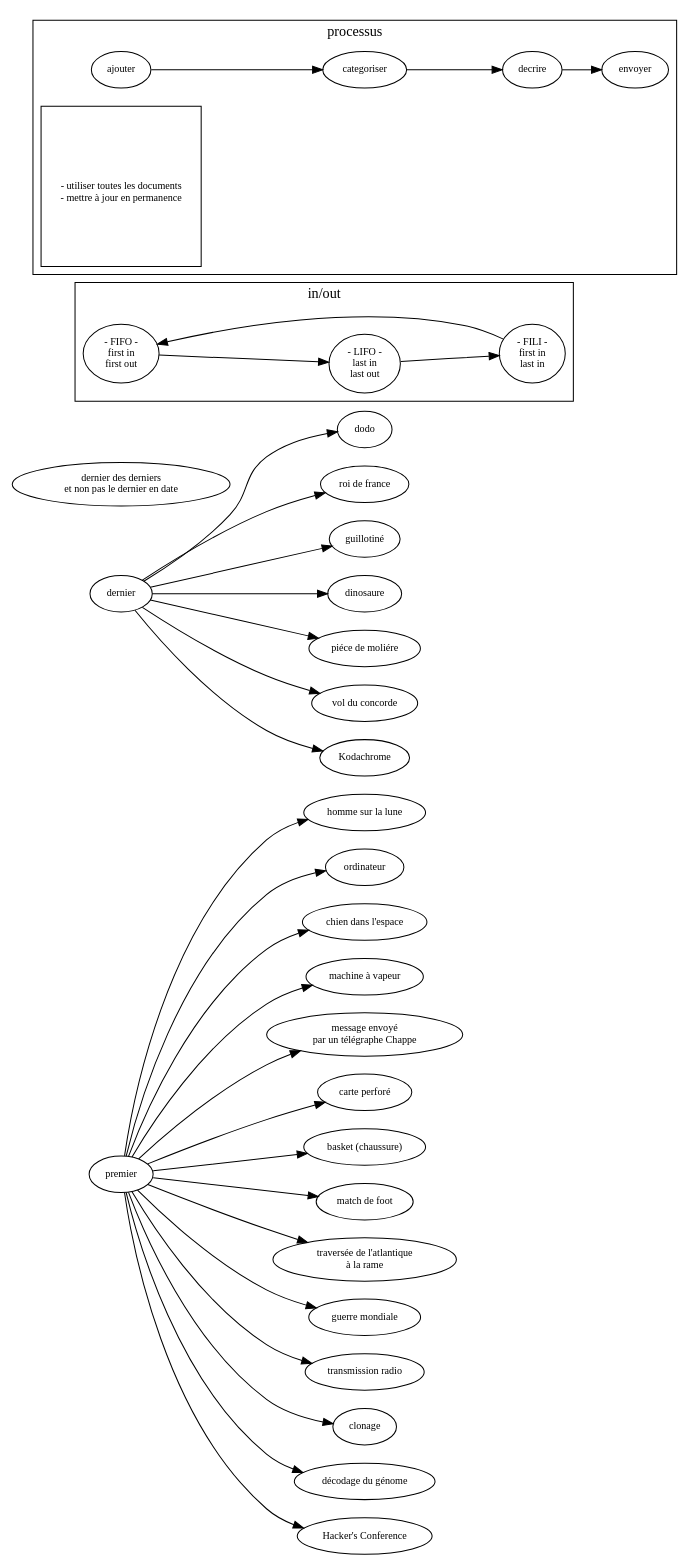
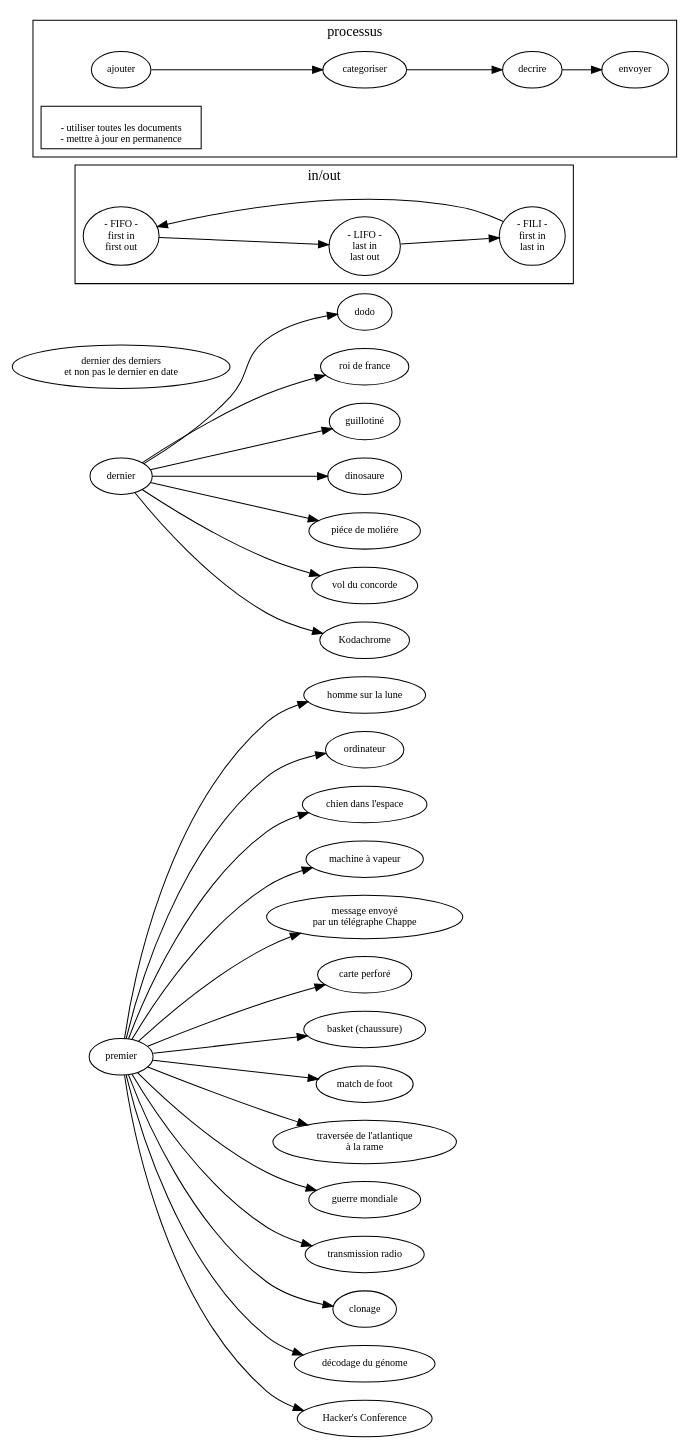
One commit to ensad-nancy/first-last changed the diagram in sujet.dot. Above: the diagram before and after it, drawn with Graphviz.

Commit message:
+- mettre à jour en permanence" [ shape=box]

```diff
--- a/sujet.dot
+++ b/sujet.dot
@@ -1,65 +1,65 @@
 digraph {
 
 	layout= "dot"
 	
 
 	fontname="myriadpro"
 	fontsize = 14
 	rankdir="LR"
 	
 	
 	node [fontname="myriadpro", fontsize = 10]
 	edge [fontname="monaco", fontsize = 9]
 	
 	first [label="premier"]
 	last [label="dernier"]
 	
 	"dernier des derniers\n et non pas le dernier en date" 
 
 	first -> "homme sur la lune"
 	first -> "ordinateur"
 	first -> "chien dans l'espace"
 	first -> "machine à vapeur"
 	first -> "message envoyé\npar un télégraphe Chappe"
 	first -> "carte perforé"
 	first -> "basket (chaussure)"
 	first -> "match de foot"
 	first -> "traversée de l'atlantique\nà la rame"
 	first -> "guerre mondiale"
 	first -> "transmission radio"
 	first -> "clonage"
 	first -> "décodage du génome"
 	first -> "Hacker's Conference"
 	
 	last -> dodo
 	last -> "roi de france"
 	last -> "guillotiné"
 	last -> "dinosaure"
 	last -> "piéce de moliére"
 	last -> "vol du concorde"
 	last -> "Kodachrome"
 
 	subgraph cluster_FO{
 	
 		label="in/out"
 		
 		FIFO [label="- FIFO -\nfirst in\nfirst out"]
 		LIFO [label="- LIFO -\nlast in\nlast out"]
 		FILI [label="- FILI -\nfirst in\n last in"]
 
 		FILI -> FIFO -> LIFO -> FILI
 	}
 	
 	subgraph cluster_process {
 		
 		label="processus"
 		
 		//get [label="récolter"]
 		
 		ajouter -> categoriser -> decrire -> envoyer
 		
 		"
 - utiliser toutes les documents
-- mettre à jour en permanence" [ shape=square]
+- mettre à jour en permanence" [ shape=box]
 	}
 }
```
